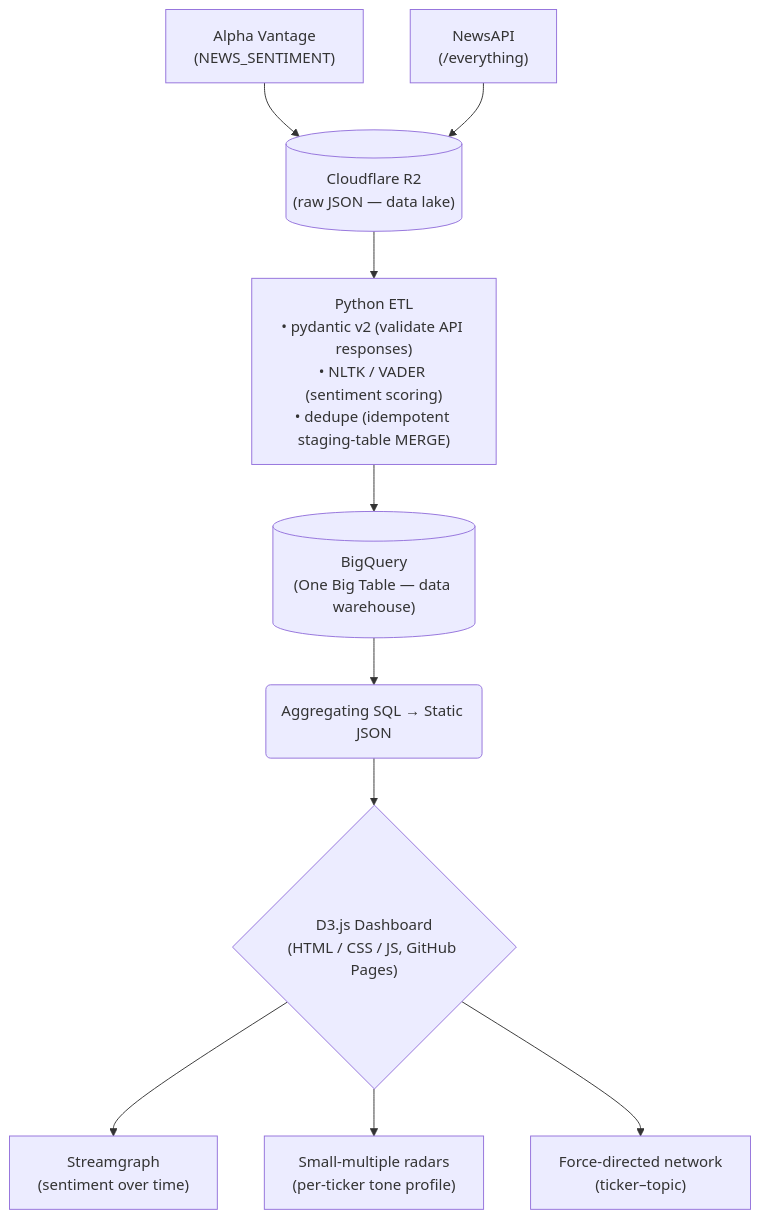
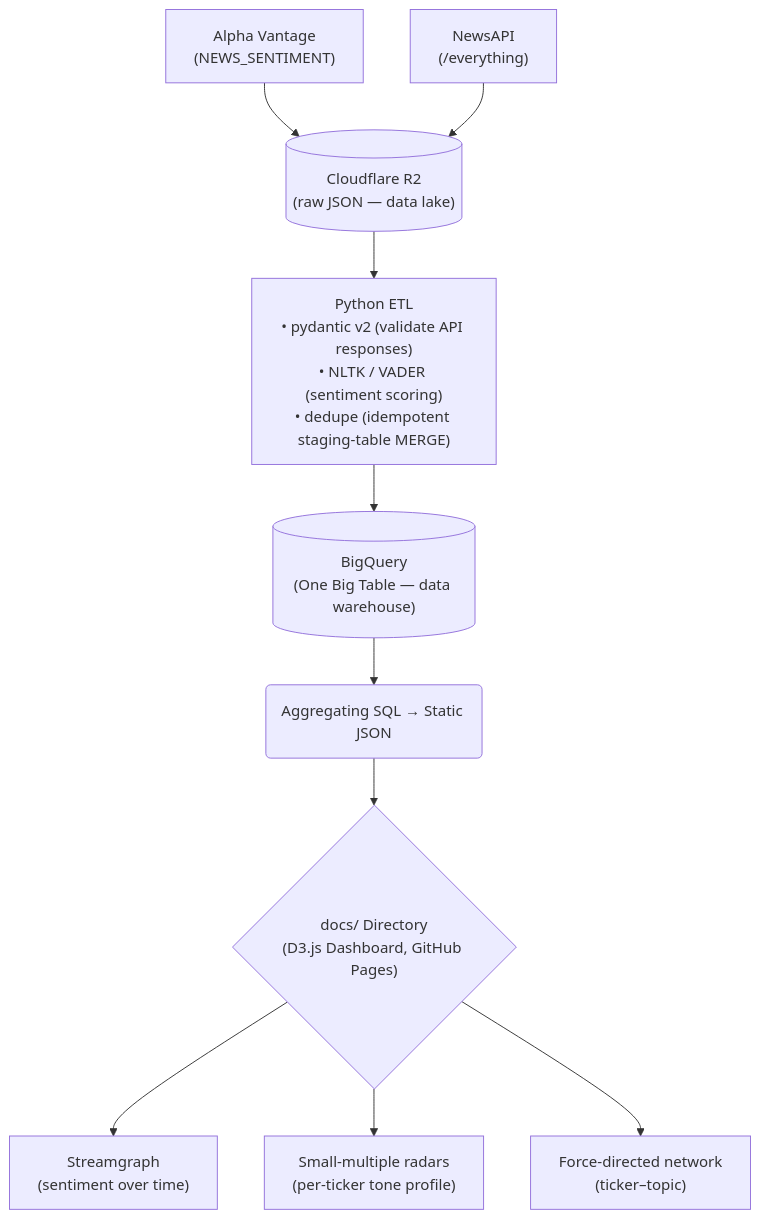
Before and after one commit to jdpretorius123/market_sentiment: the first of 2 diagrams in README.md, drawn with Mermaid. The commit also changed other lines of this file and 1 other file, not shown here.

Commit message:
README & Dashboard Formatting Updates

````diff
--- a/README.md
+++ b/README.md
@@ -33,23 +33,23 @@
 ```mermaid
 flowchart TD
     %% Data Sources
     AV["Alpha Vantage<br/>(NEWS_SENTIMENT)"] --> R2
     NA["NewsAPI<br/>(/everything)"] --> R2
 
     %% Data Lake
     R2[("Cloudflare R2<br/>(raw JSON — data lake)")] --> ETL
 
     %% Processing
     ETL["Python ETL<br/>• pydantic v2 (validate API responses)<br/>• NLTK / VADER (sentiment scoring)<br/>• dedupe (idempotent staging-table MERGE)"] --> BQ
 
     %% Data Warehouse
     BQ[("BigQuery<br/>(One Big Table — data warehouse)")] --> SQL("Aggregating SQL → Static JSON")
 
     %% Frontend / Dashboard
-    SQL --> D3{"D3.js Dashboard<br/>(HTML / CSS / JS, GitHub Pages)"}
+    SQL --> D3{"docs/ Directory<br/>(D3.js Dashboard, GitHub Pages)"}
 
     %% Visualizations
     D3 --> SG["Streamgraph<br/>(sentiment over time)"]
     D3 --> RAD["Small-multiple radars<br/>(per-ticker tone profile)"]
     D3 --> NET["Force-directed network<br/>(ticker–topic)"]
 ```
````
